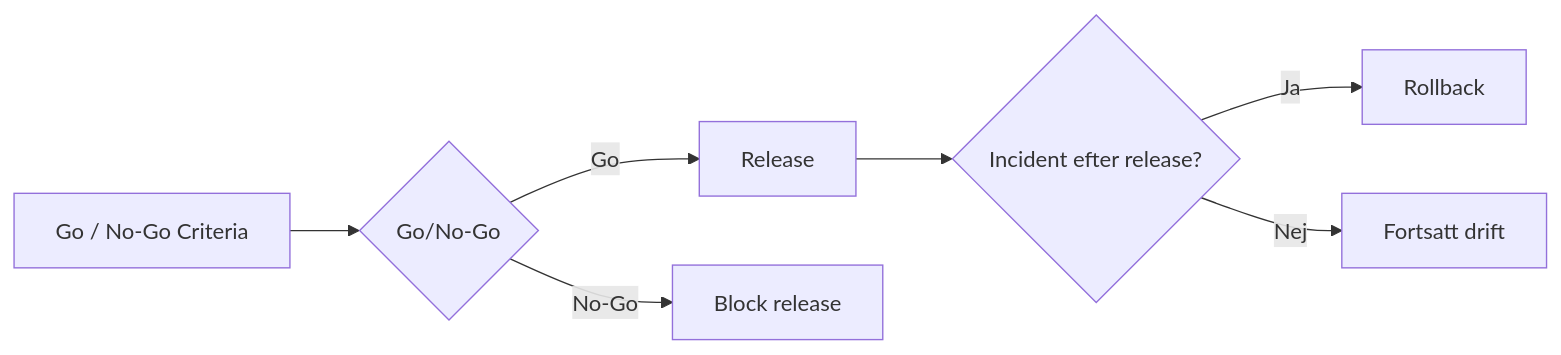
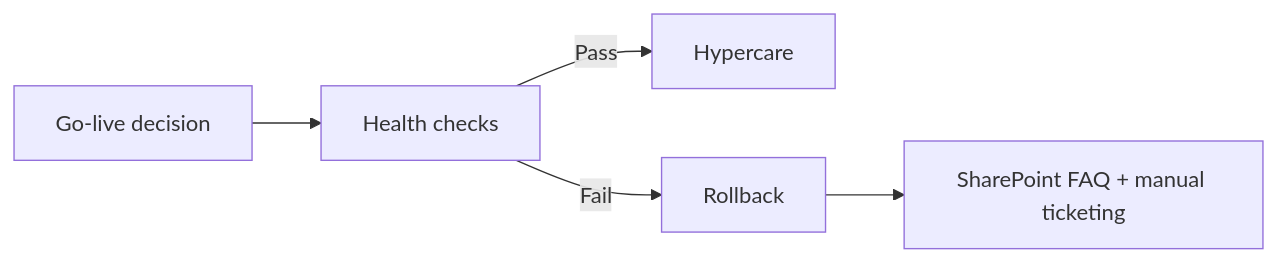
One commit to itsimonfredlingjack/nordiq-sejfa changed the diagram in docs/04-change-release.md. Above: the diagram before and after it, drawn with Mermaid. The commit also changed other lines of this file and 3 other files, not shown here.

````diff
--- a/docs/04-change-release.md
+++ b/docs/04-change-release.md
@@ -35,9 +24,7 @@
 ```mermaid
 flowchart LR
-    A["Go / No-Go Criteria"] --> B{"Go/No-Go"}
-    B -->|Go| C["Release"]
-    B -->|No-Go| D["Block release"]
-    C --> E{"Incident efter release?"}
-    E -->|Ja| F["Rollback"]
-    E -->|Nej| G["Fortsatt drift"]
+    A["Go-live decision"] --> B["Health checks"]
+    B -->|Pass| C["Hypercare"]
+    B -->|Fail| D["Rollback"]
+    D --> E["SharePoint FAQ + manual ticketing"]
 ```
````
